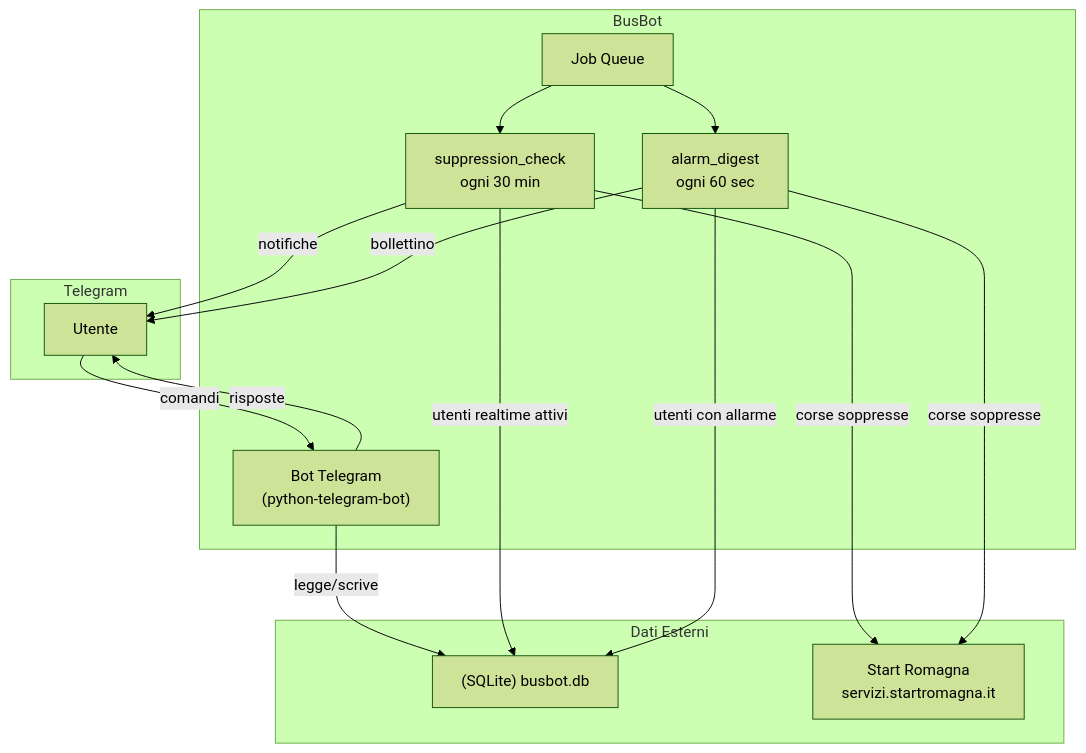
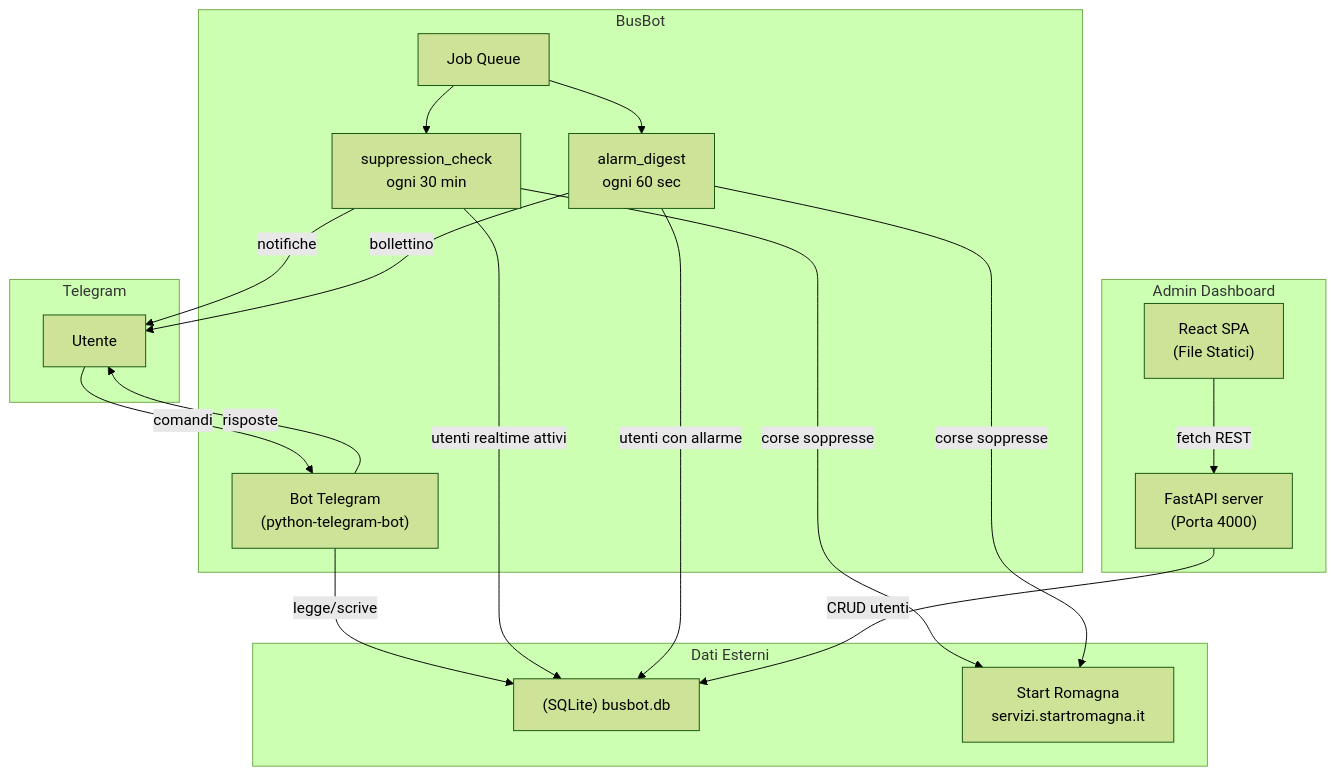
One commit to Ceccaa/BusBot changed the first of 6 diagrams in README.md. Above: the diagram before and after it, drawn with Mermaid (forest theme). The commit also changed other lines of this file and 11 other files, not shown here.

````diff
--- a/README.md
+++ b/README.md
@@ -29,33 +29,41 @@
 ```mermaid
 graph TB
     subgraph Telegram
         U[Utente]
     end
 
     subgraph BusBot
         BOT["Bot Telegram<br/>(python-telegram-bot)"]
         JQ[Job Queue]
         SC["suppression_check<br/>ogni 30 min"]
         AD["alarm_digest<br/>ogni 60 sec"]
     end
 
     subgraph Dati Esterni
         DB["(SQLite) busbot.db"]
         SR["Start Romagna<br/>servizi.startromagna.it"]
     end
 
+    subgraph Admin Dashboard
+        API["FastAPI server<br/>(Porta 4000)"]
+        UI["React SPA<br/>(File Statici)"]
+    end
+
     U -- comandi --> BOT
     BOT -- risposte --> U
     BOT -- legge/scrive --> DB
 
     JQ --> SC
     JQ --> AD
 
     SC -- utenti realtime attivi --> DB
     SC -- corse soppresse --> SR
     SC -- notifiche --> U
 
     AD -- utenti con allarme --> DB
     AD -- corse soppresse --> SR
     AD -- bollettino --> U
+
+    API -- CRUD utenti --> DB
+    UI -- fetch REST --> API
 ```
````
